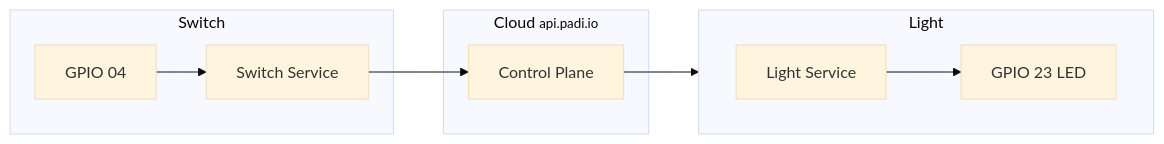
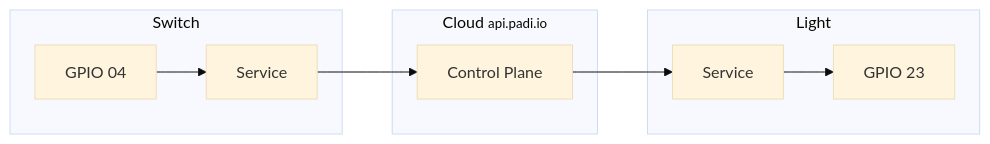
The diagram in 01_the_switch_and_the_light/README.md (project-arete/sdk), drawn with Mermaid (base theme) before and after one commit.

````diff
--- a/01_the_switch_and_the_light/README.md
+++ b/01_the_switch_and_the_light/README.md
@@ -12,23 +12,22 @@
 ```mermaid
 graph LR;
 
 switch_service --> control_plane;
 control_plane --> light_service;
 
 subgraph switch[Switch]
 gpio_04[GPIO 04];
-switch_service[Switch Service];
+switch_service[Service];
 gpio_04 --> switch_service;
 end
 
 subgraph cloud[Cloud <small>api.padi.io</small>]
 control_plane[Control Plane];
 end
 
 subgraph light[Light]
-direction LR;
-light_service[Light Service];
-led[GPIO 23 LED];
+light_service[Service];
+led[GPIO 23];
 light_service --> led;
 end
 ```
````
